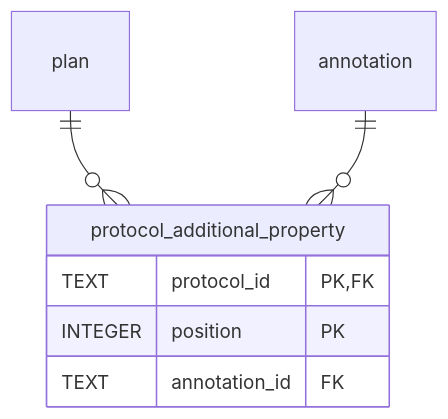
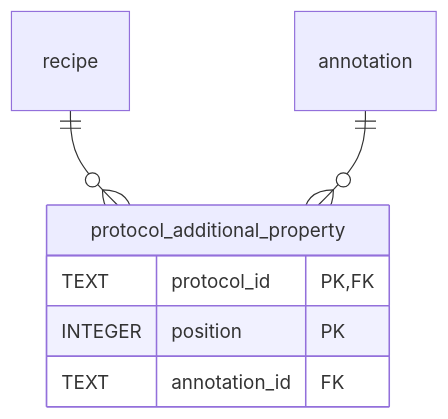
Before and after one commit to HLWeil/ProcessCore: diagram 16 of 18 in schemas/sql/design.md, drawn with Mermaid. The commit also changed other lines of this file and 71 other files, not shown here.

Commit message:
rename plan to recipe

````diff
--- a/schemas/sql/design.md
+++ b/schemas/sql/design.md
@@ -485,10 +485,10 @@
 ```mermaid
 erDiagram
     protocol_additional_property {
         TEXT protocol_id PK,FK
         INTEGER position PK
         TEXT annotation_id FK
     }
-    plan ||--o{ protocol_additional_property : ""
+    recipe ||--o{ protocol_additional_property : ""
     annotation ||--o{ protocol_additional_property : ""
 ```
````
